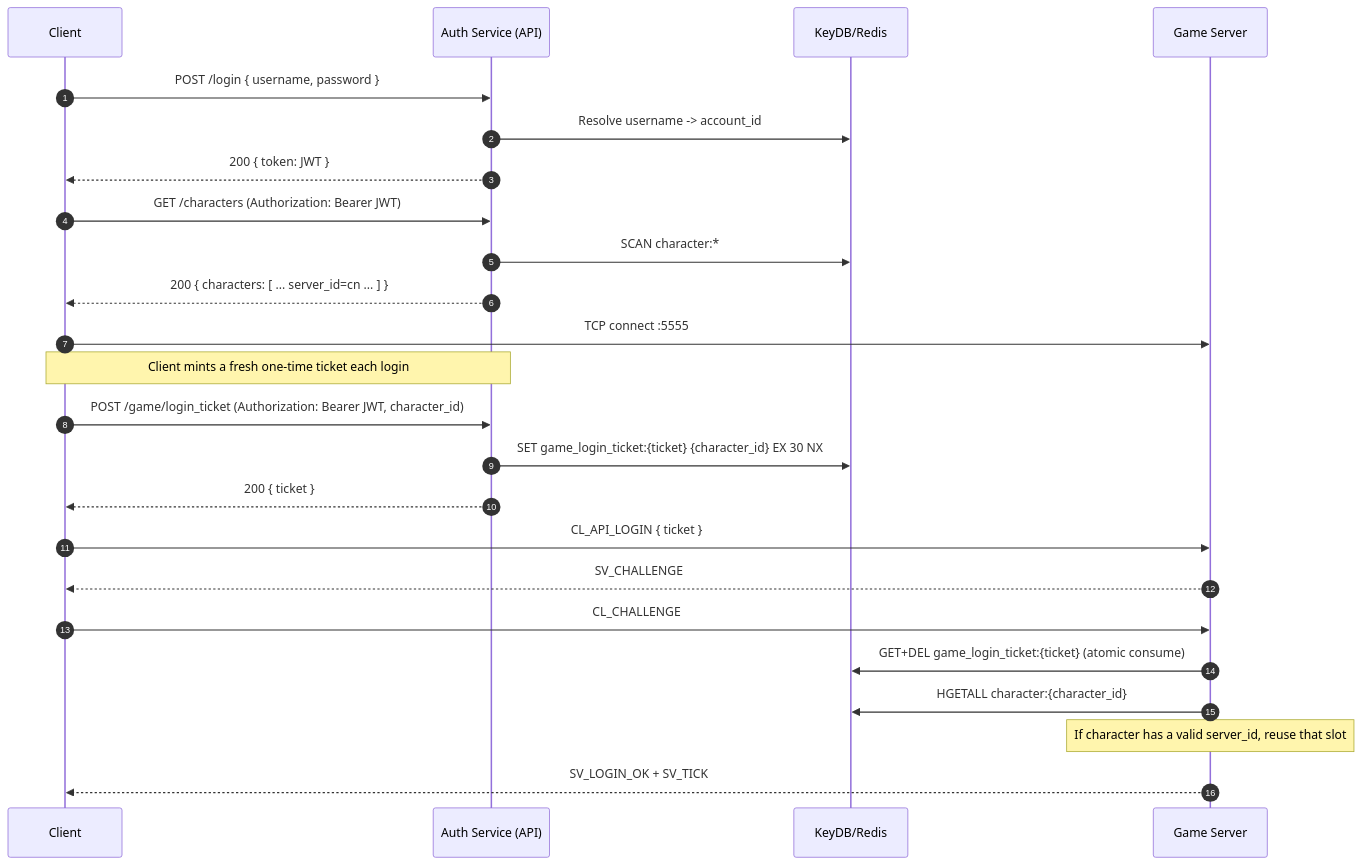
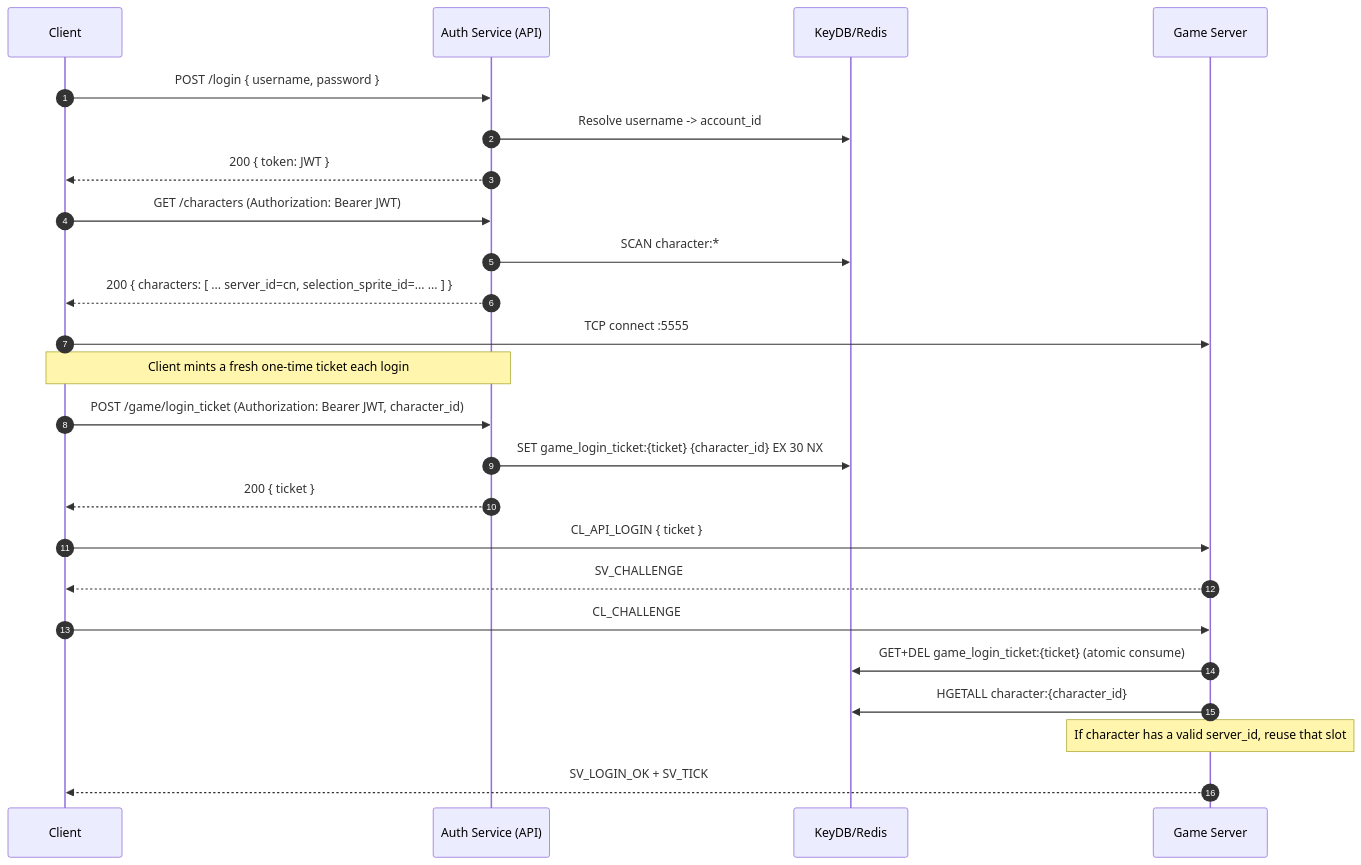
Before and after one commit to engineerjames/men-among-gods-reforged: the seventh of 7 diagrams in api/README.md, drawn with Mermaid. The commit also changed other lines of this file and 9 other files, not shown here.

````diff
--- a/api/README.md
+++ b/api/README.md
@@ -347,31 +350,31 @@
 ```mermaid
 sequenceDiagram
     autonumber
     participant C as Client
     participant API as Auth Service (API)
     participant DB as KeyDB/Redis
     participant GS as Game Server
 
     C->>API: POST /login { username, password }
     API->>DB: Resolve username -> account_id
     API-->>C: 200 { token: JWT }
 
     C->>API: GET /characters (Authorization: Bearer JWT)
     API->>DB: SCAN character:*;
-    API-->>C: 200 { characters: [ ... server_id=cn ... ] }
+    API-->>C: 200 { characters: [ ... server_id=cn, selection_sprite_id=... ... ] }
 
     C->>GS: TCP connect :5555
     Note over C,API: Client mints a fresh one-time ticket each login
     C->>API: POST /game/login_ticket (Authorization: Bearer JWT, character_id)
     API->>DB: SET game_login_ticket:{ticket} {character_id} EX 30 NX
     API-->>C: 200 { ticket }
 
     C->>GS: CL_API_LOGIN { ticket }
     GS-->>C: SV_CHALLENGE
     C->>GS: CL_CHALLENGE
 
     GS->>DB: GET+DEL game_login_ticket:{ticket} (atomic consume)
     GS->>DB: HGETALL character:{character_id}
     Note over GS: If character has a valid server_id, reuse that slot
     GS-->>C: SV_LOGIN_OK + SV_TICK
 ```
````
